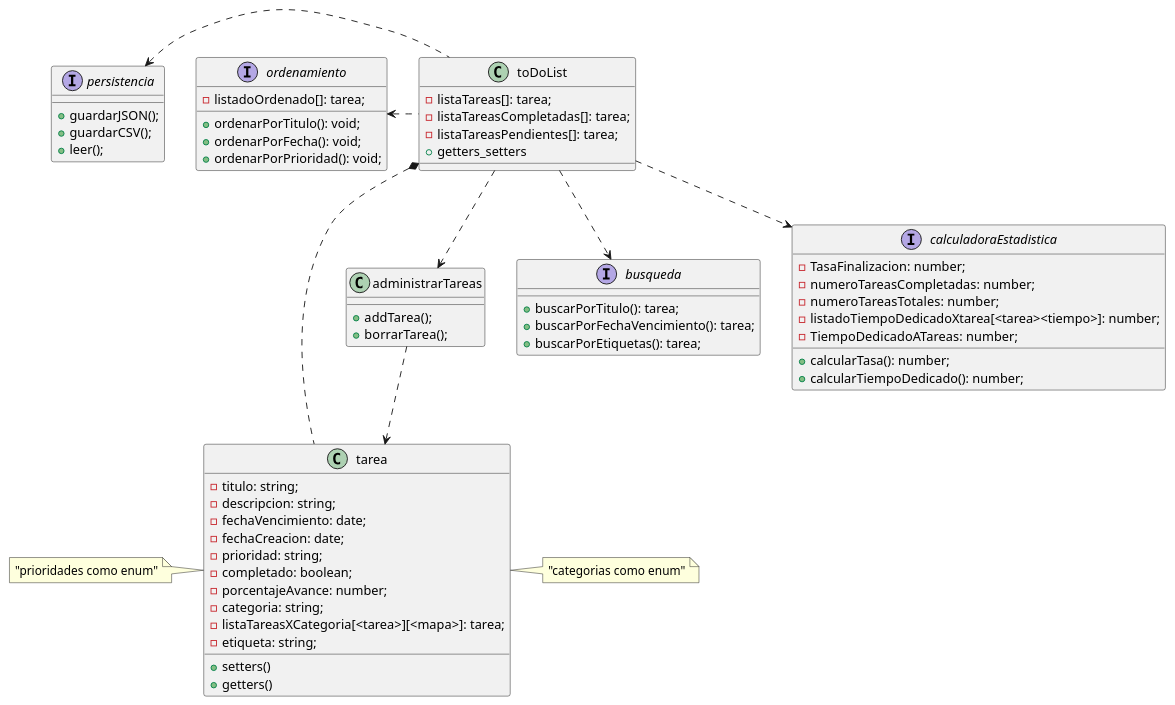
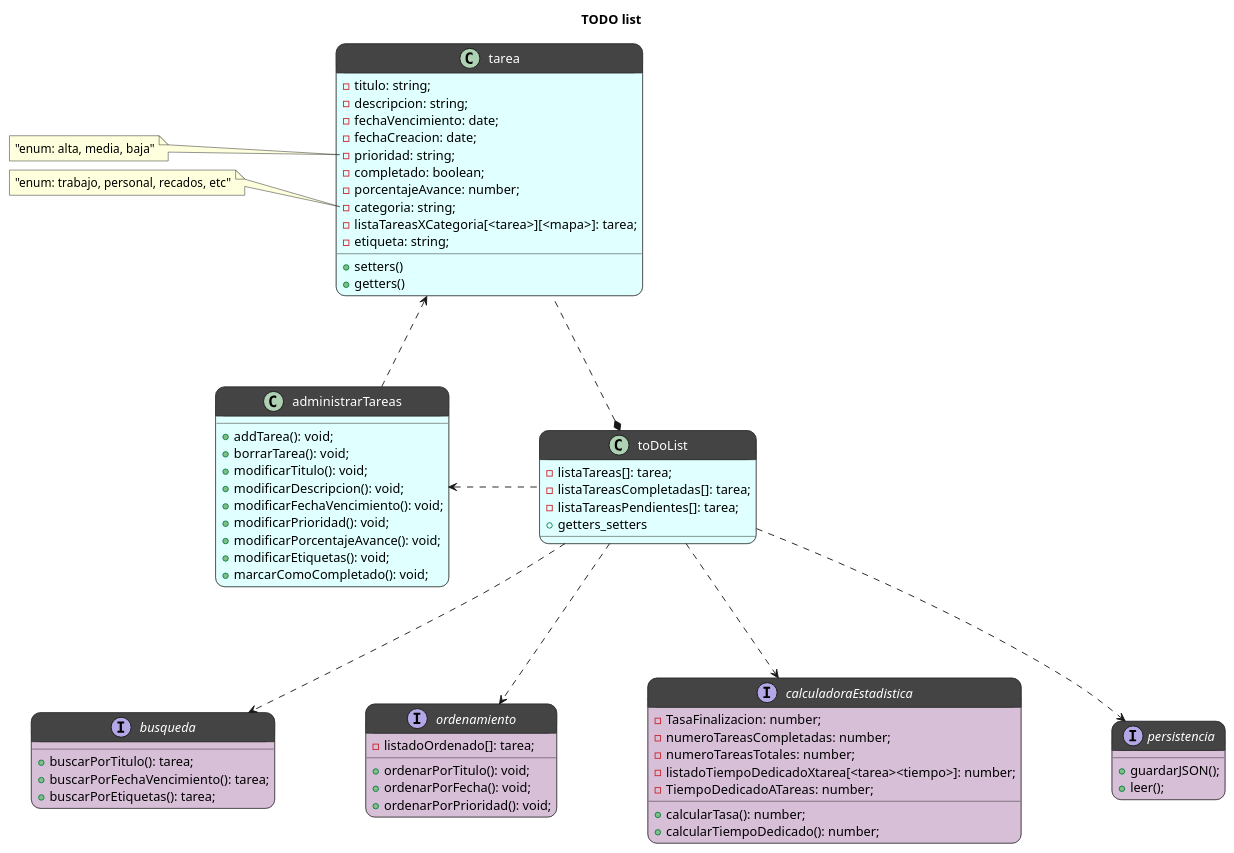
The diagram in todo_app/docs/diagrama.puml (FrancoLuduena-dev/To-DO-list), drawn with PlantUML before and after one commit. The commit also changed 2 other files, not shown here.

Commit message:
actualizacion del diagrama de clases

```diff
--- a/todo_app/docs/diagrama.puml
+++ b/todo_app/docs/diagrama.puml
@@ -1,82 +1,110 @@
-@startuml diagrama
+@startuml diagrama clases
+title TODO list
 
-class toDoList{
+class toDoList #LightCyan;header:444{
     -listaTareas[]: tarea;
     -listaTareasCompletadas[]: tarea;
     -listaTareasPendientes[]: tarea;
     +getters_setters
 }
 
-class tarea{
+
+class tarea #LightCyan;header:444{
     -titulo: string;
     -descripcion: string;
     -fechaVencimiento: date;
     ' lo cambie a "date" que es un tipo de objeto de javascript que funciona en typescript y deja poner fechas de una.
     -fechaCreacion: date;
     ' la agrego porque para hacer la estadistica de cuanto tiempo se tardo, la forma mas simple que se me ocurre es poner la fecha de creacion, y cuando lo pasas a completado, comparar con la fecha de finalizacion y calcular los dias transcurridos
     -prioridad: string;  
     -completado: boolean;
     -porcentajeAvance: number;
     -categoria: string;
     -listaTareasXCategoria[<tarea>][<mapa>]: tarea;
     -etiqueta: string;
     +setters()
     +getters()
 }
 
-class administrarTareas {
-    +addTarea();
-    +borrarTarea();
+class administrarTareas #LightCyan;header:444{
+    +addTarea(): void;
+    +borrarTarea(): void;
+    'agrego los metodos para modificar las tareas. Estos metodos deberian usar el setter, y aparte hacer que se guarde los cambios al JSON.
+    +modificarTitulo(): void;
+    +modificarDescripcion(): void;
+    +modificarFechaVencimiento(): void;
+    +modificarPrioridad(): void;
+    +modificarPorcentajeAvance(): void;
+    +modificarEtiquetas(): void;
+    'ver una forma de unificar estos metodos de modificacion
+    +marcarComoCompletado(): void;
+    'este metodo no estoy seguro si deberia existir o simplemente que cuando pongan el porcentaje de avance en 100, el atributo completado cambie a true.
 }
 
-interface busqueda{
+
+interface busqueda #Thistle;header:444{
     +buscarPorTitulo(): tarea;
     +buscarPorFechaVencimiento(): tarea;
     +buscarPorEtiquetas(): tarea;
 }
 
-interface ordenamiento{
+interface ordenamiento #Thistle;header:444{
     -listadoOrdenado[]: tarea;
     +ordenarPorTitulo(): void;
     +ordenarPorFecha(): void;
     +ordenarPorPrioridad(): void;
 }
 
-interface calculadoraEstadistica{
+interface calculadoraEstadistica #Thistle;header:444{
     -TasaFinalizacion: number;
     -numeroTareasCompletadas: number;
     -numeroTareasTotales: number;
     'le saque que sea coleccion, es una tasa (tareasFinalizadas/tareasTotales)
     -listadoTiempoDedicadoXtarea[<tarea><tiempo>]: number;
     'esto serviria si hacemos algunas estadisticas que sean algo asi como "promedio de tiempo para resolucion de tareas", o "tiempo dedicado a X categoria / etiqueta", sino yo pondria
     -TiempoDedicadoATareas: number;
     'este simplemente sumaria el tiempo desde la creacion de la tarea hasta ahora. Tambien se puede separar en tiempo dedicado a teareas completadas y tiempo dedicado a tareas no completadas
     +calcularTasa(): number;
     +calcularTiempoDedicado(): number;
 }
 
-interface persistencia{
+interface persistencia #Thistle;header:444{
     + guardarJSON();
-    + guardarCSV();
     + leer();
-    'el tp pide guardar en JSON y texto plano, yo diria que usemos CSV para texto plano (valores separados por comas)
+    'borre guardar texto plano por que era JSON al final.
 }
 
-toDoList ..> administrarTareas
-administrarTareas ..> tarea
+'relaciones
+skinparam ranksep 100
+'cambia el largo de las flechas
+skinparam nodesep 100
+'cambia la distancia entre los cuadrados
+
+toDoList .l.> administrarTareas
+administrarTareas .l.> tarea
+toDoList *.. tarea
 toDoList ..> calculadoraEstadistica
 toDoList ..> busqueda
-toDoList .l.> ordenamiento
-toDoList *.d. tarea
-toDoList .l.> persistencia
+toDoList ..> ordenamiento
+toDoList ..> persistencia
 
-note right of tarea 
-"categorias como enum"
+
+'notas
+note left of tarea::prioridad
+    "enum: alta, media, baja"
 endnote
 
-note left of tarea
-"prioridades como enum"
+note left of tarea::categoria
+    "enum: trabajo, personal, recados, etc"
 endnote
 
 
+
+
+'diseño
+skinparam roundcorner 20
+'cambia las esquinas de las clases para hacerlas mas redondeadas
+skinparam classFontColor automatic
+'cambia el color de fuente de todas las clases asi se ve en blanco sobre el fondo oscuro.
+
 @enduml
```
